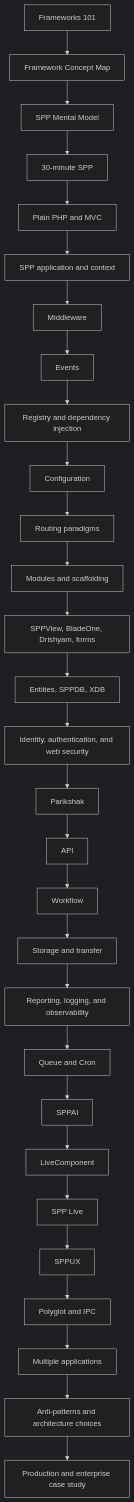
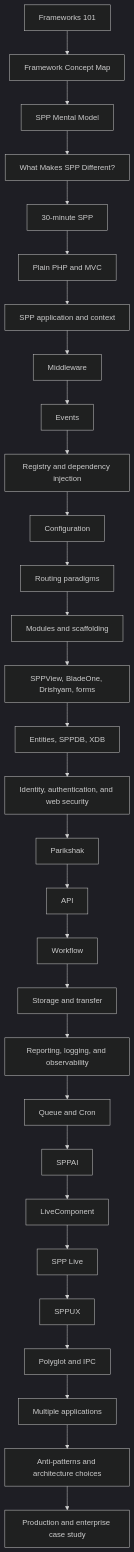
One commit to shuklasp/spp changed the diagram in documentation/handbook/README.md. Above: the diagram before and after it, drawn with Mermaid (dark theme). The commit also changed other lines of this file, not shown here.

Commit message:
docs: add SPP positioning analysis to canonical handbook map

````diff
--- a/documentation/handbook/README.md
+++ b/documentation/handbook/README.md
@@ -176,31 +177,32 @@
 ```mermaid
 flowchart TD
     A[Frameworks 101] --> B[Framework Concept Map]
     B --> C[SPP Mental Model]
-    C --> D[30-minute SPP]
-    D --> E[Plain PHP and MVC]
-    E --> F[SPP application and context]
-    F --> G[Middleware]
-    G --> H[Events]
-    H --> I[Registry and dependency injection]
-    I --> J[Configuration]
-    J --> K[Routing paradigms]
-    K --> L[Modules and scaffolding]
-    L --> M[SPPView, BladeOne, Drishyam, forms]
-    M --> N[Entities, SPPDB, XDB]
-    N --> O[Identity, authentication, and web security]
-    O --> P[Parikshak]
-    P --> Q[API]
-    Q --> R[Workflow]
-    R --> S[Storage and transfer]
-    S --> T[Reporting, logging, and observability]
-    T --> U[Queue and Cron]
-    U --> V[SPPAI]
-    V --> W[LiveComponent]
-    W --> X[SPP Live]
-    X --> Y[SPPUX]
-    Y --> Z[Polyglot and IPC]
-    Z --> AA[Multiple applications]
-    AA --> AB[Anti-patterns and architecture choices]
-    AB --> AC[Production and enterprise case study]
+    C --> D[What Makes SPP Different?]
+    D --> E[30-minute SPP]
+    E --> F[Plain PHP and MVC]
+    F --> G[SPP application and context]
+    G --> H[Middleware]
+    H --> I[Events]
+    I --> J[Registry and dependency injection]
+    J --> K[Configuration]
+    K --> L[Routing paradigms]
+    L --> M[Modules and scaffolding]
+    M --> N[SPPView, BladeOne, Drishyam, forms]
+    N --> O[Entities, SPPDB, XDB]
+    O --> P[Identity, authentication, and web security]
+    P --> Q[Parikshak]
+    Q --> R[API]
+    R --> S[Workflow]
+    S --> T[Storage and transfer]
+    T --> U[Reporting, logging, and observability]
+    U --> V[Queue and Cron]
+    V --> W[SPPAI]
+    W --> X[LiveComponent]
+    X --> Y[SPP Live]
+    Y --> Z[SPPUX]
+    Z --> AA[Polyglot and IPC]
+    AA --> AB[Multiple applications]
+    AB --> AC[Anti-patterns and architecture choices]
+    AC --> AD[Production and enterprise case study]
 ```
````
